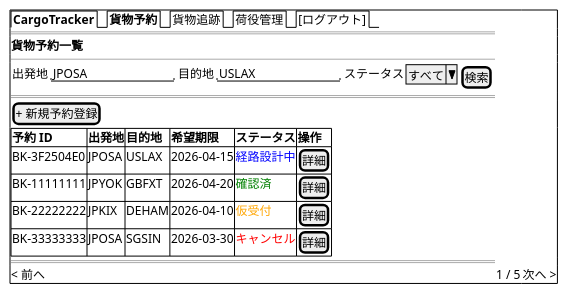
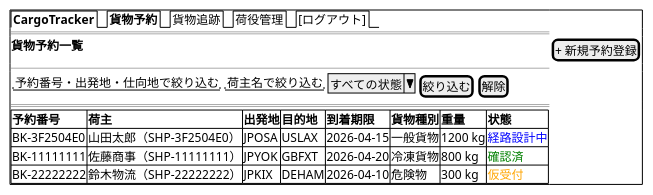
The eighth of 23 diagrams in docs/design/ui_design.md (k2works/case-study-cargo-tracker), drawn with PlantUML before and after one commit. The commit also changed other lines of this file and 14 other files, not shown here.

````diff
--- a/docs/design/ui_design.md
+++ b/docs/design/ui_design.md
@@ -642,24 +642,20 @@
 ```plantuml
 @startsalt
 {+
   {/ <b>CargoTracker</b> | <b>貨物予約</b> | 貨物追跡 | 荷役管理 | [ログアウト] }
   ==
-  <b>貨物予約一覧</b>
+  <b>貨物予約一覧</b> | [+ 新規予約登録]
   --
   {
-    出発地 | "JPOSA          " | 目的地 | "USLAX          " | ステータス | ^すべて^ | [検索]
+    "予約番号・出発地・仕向地で絞り込む" | "荷主名で絞り込む" | ^すべての状態^ | [絞り込む] | [解除]
   }
   ==
-  [+ 新規予約登録]
   {#
-    **予約 ID** | **出発地** | **目的地** | **希望期限** | **ステータス** | **操作**
-    BK-3F2504E0  | JPOSA      | USLAX      | 2026-04-15    | <color:blue>経路設計中</color> | [詳細]
-    BK-11111111  | JPYOK      | GBFXT      | 2026-04-20    | <color:green>確認済</color> | [詳細]
-    BK-22222222  | JPKIX      | DEHAM      | 2026-04-10    | <color:orange>仮受付</color> | [詳細]
-    BK-33333333  | JPOSA      | SGSIN      | 2026-03-30    | <color:red>キャンセル</color> | [詳細]
+    **予約番号** | **荷主** | **出発地** | **目的地** | **到着期限** | **貨物種別** | **重量** | **状態**
+    BK-3F2504E0  | 山田太郎（SHP-3F2504E0） | JPOSA | USLAX | 2026-04-15 | 一般貨物 | 1200 kg | <color:blue>経路設計中</color>
+    BK-11111111  | 佐藤商事（SHP-11111111） | JPYOK | GBFXT | 2026-04-20 | 冷凍貨物 | 800 kg | <color:green>確認済</color>
+    BK-22222222  | 鈴木物流（SHP-22222222） | JPKIX | DEHAM | 2026-04-10 | 危険物 | 300 kg | <color:orange>仮受付</color>
   }
-  ==
-  < 前へ | 1 / 5 | 次へ >
 }
 @endsalt
 ```
````
